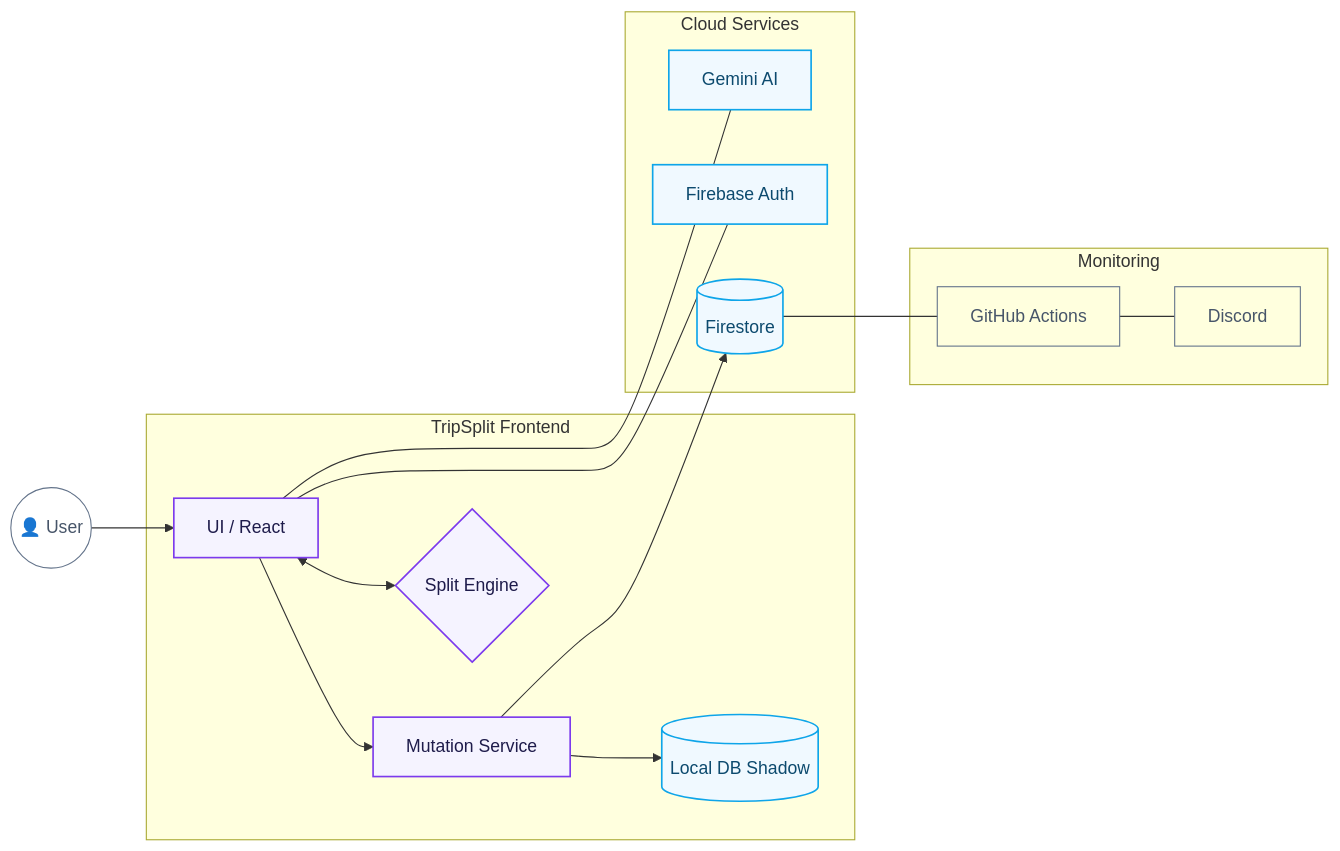
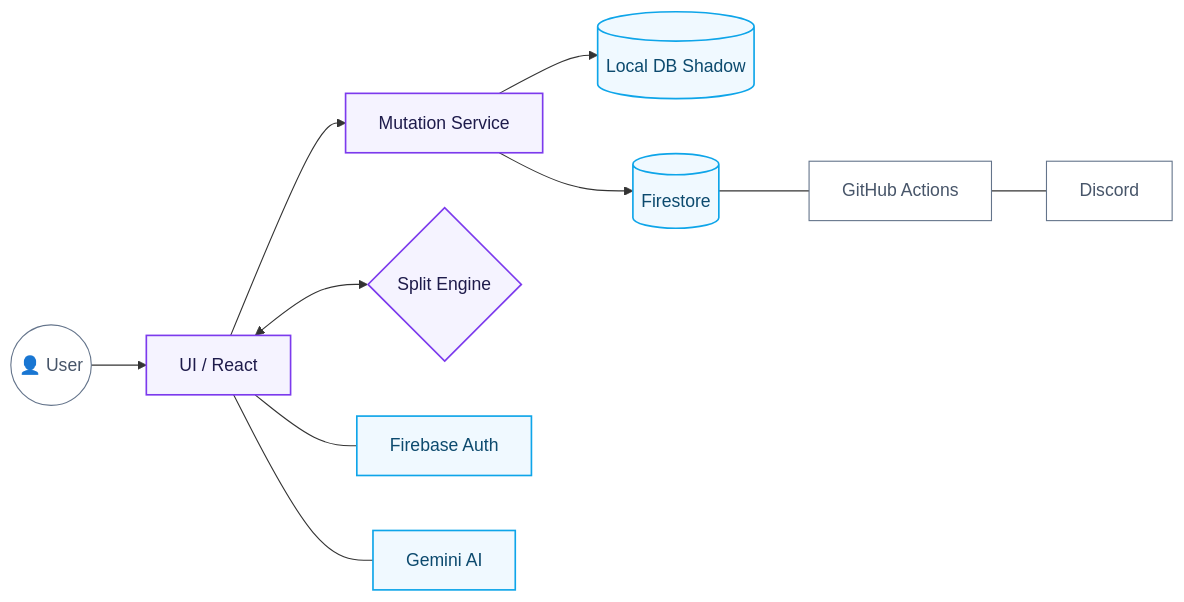
One commit to Ashborn-047/trip_split changed the first of 2 diagrams in README.md. Above: the diagram before and after it, drawn with Mermaid.

Commit message:
docs: remove subgraph boxes from diagrams for better readability

````diff
--- a/README.md
+++ b/README.md
@@ -33,43 +33,37 @@
 ```mermaid
 graph LR
     %% Minimalist Styles
     classDef default fill:none,stroke:#64748b,stroke-width:1px,color:#475569;
     classDef primary fill:#f5f3ff,stroke:#7c3aed,stroke-width:1.5px,color:#1e1b4b;
     classDef accent fill:#f0f9ff,stroke:#0ea5e9,stroke-width:1.5px,color:#0c4a6e;
     
     %% Components
     User((👤 User))
     
-    subgraph App ["TripSplit Frontend"]
-        UI[UI / React]
-        Mut[Mutation Service]
-        LDB[(Local DB Shadow)]
-        Logic{Split Engine}
-    end
+    UI[UI / React]
+    Mut[Mutation Service]
+    LDB[(Local DB Shadow)]
+    Logic{Split Engine}
     
-    subgraph Services ["Cloud Services"]
-        Auth[Firebase Auth]
-        DB[(Firestore)]
-        AI[Gemini AI]
-    end
+    Auth[Firebase Auth]
+    DB[(Firestore)]
+    AI[Gemini AI]
     
-    subgraph Ops ["Monitoring"]
-        CI[GitHub Actions]
-        Alerts[Discord]
-    end
+    CI[GitHub Actions]
+    Alerts[Discord]
     
     %% Flow
     User --> UI
     UI --> Mut
     Mut --> LDB
     Mut --> DB
     UI <--> Logic
     UI --- Auth
     UI --- AI
     DB --- CI
     CI --- Alerts
     
     %% Branding
     class UI,Mut,Logic primary;
     class LDB,Auth,DB,AI accent;
 ```
````
